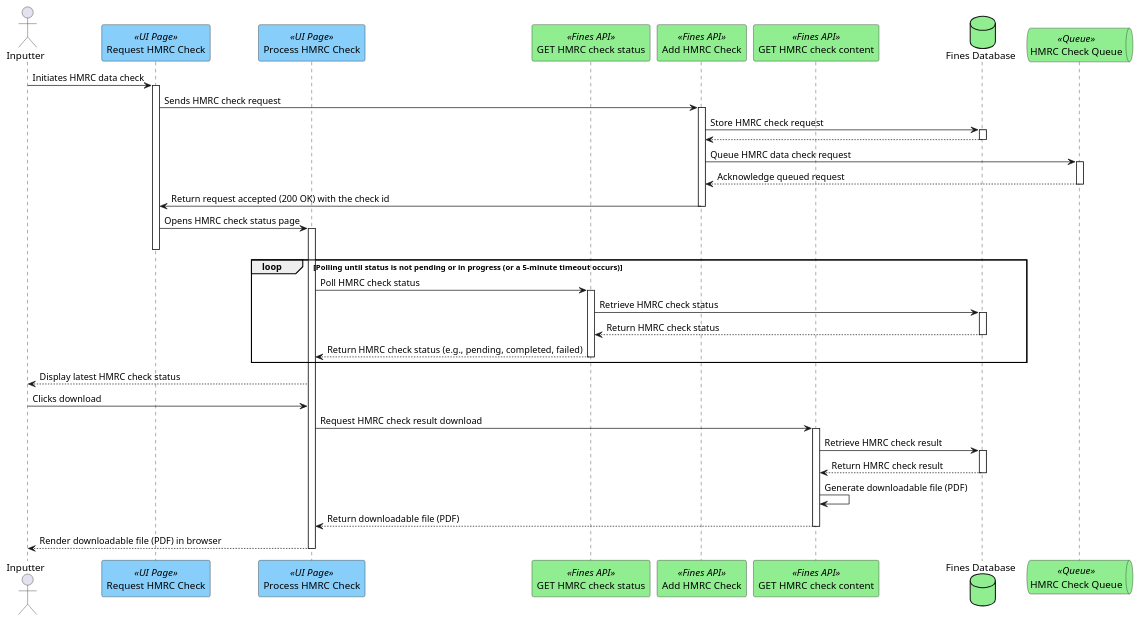
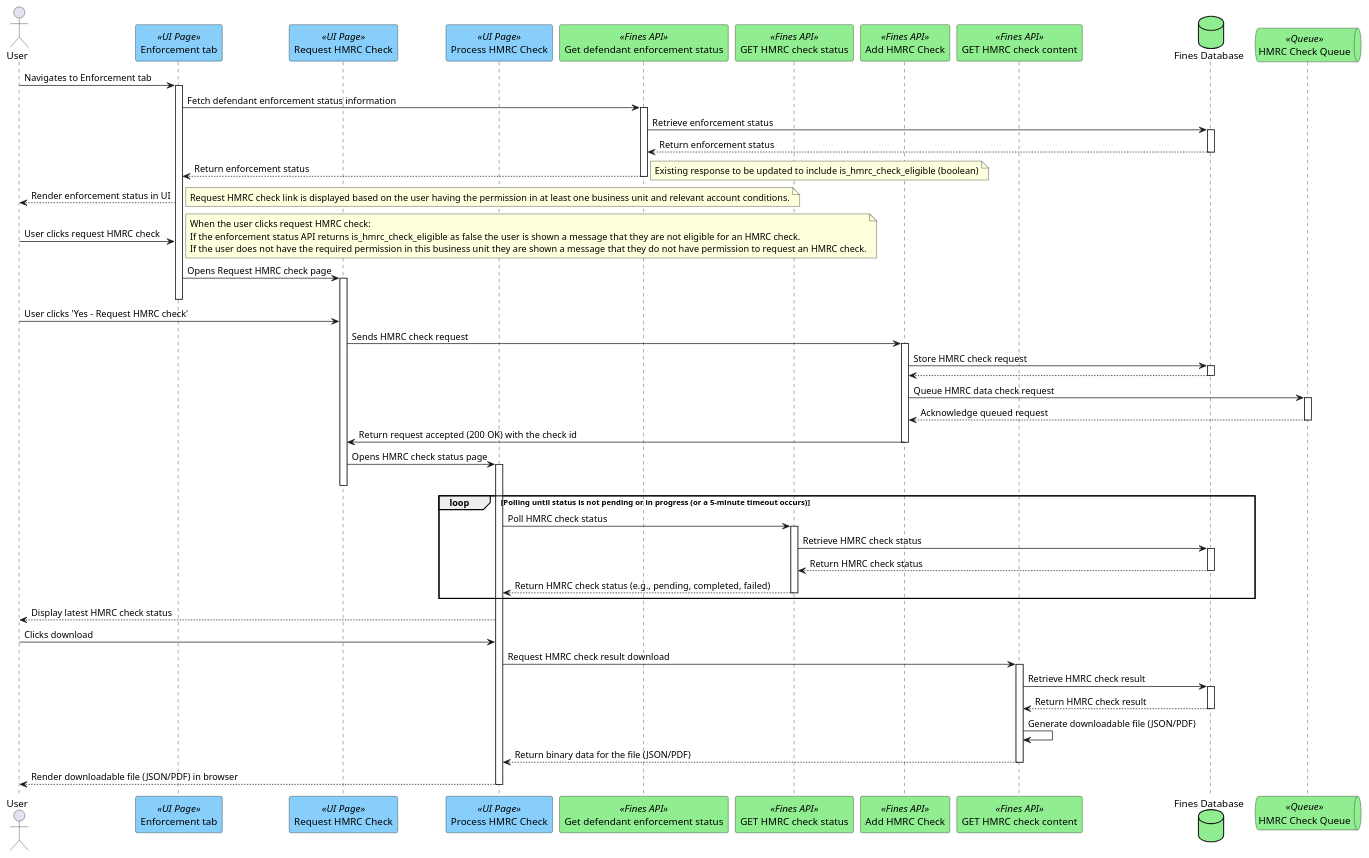
Before and after one commit to hmcts/opal-docs: the diagram in plantUML/hmrc-check/hmrc-check.puml, drawn with PlantUML. The commit also changed 1 other file, not shown here.

Commit message:
UML updates for HMRC and account consolidation

```diff
--- a/plantUML/hmrc-check/hmrc-check.puml
+++ b/plantUML/hmrc-check/hmrc-check.puml
@@ -1,41 +1,68 @@
 @startuml
-actor "Inputter" as user
+actor "User" as user
+
+participant "Enforcement tab" as enforcementTabUI <<UI Page>> #lightskyblue
+
 
 participant "Request HMRC Check" as requestHmrcCheckUI <<UI Page>> #lightskyblue
 participant "Process HMRC Check" as processHmrcCheckUI <<UI Page>> #lightskyblue
+
+participant "Get defendant enforcement status" as getEnforcementStatusApi <<Fines API>> #lightgreen
+
+
 participant "GET HMRC check status" as hmrcCheckStatusAPI <<Fines API>> #lightgreen
 participant "Add HMRC Check" as requestHmrcCheck <<Fines API>> #lightgreen
 participant "GET HMRC check content" as downloadHmrcCheckResult <<Fines API>> #lightgreen
 database "Fines Database" as db #lightgreen
 queue "HMRC Check Queue" as hmrcQueue <<Queue>> #lightgreen
 
 
-user -> requestHmrcCheckUI ++ : Initiates HMRC data check
+user -> enforcementTabUI ++ : Navigates to Enforcement tab
+enforcementTabUI -> getEnforcementStatusApi ++ : Fetch defendant enforcement status information
+getEnforcementStatusApi -> db ++ : Retrieve enforcement status
+db --> getEnforcementStatusApi -- : Return enforcement status
+getEnforcementStatusApi --> enforcementTabUI -- : Return enforcement status
+note right
+Existing response to be updated to include is_hmrc_check_eligible (boolean)
+end note
+
+enforcementTabUI --> user: Render enforcement status in UI
+
+note right
+Request HMRC check link is displayed based on the user having the permission in at least one business unit and relevant account conditions.
+end note
+user -> enforcementTabUI : User clicks request HMRC check
+note right
+When the user clicks request HMRC check:
+If the enforcement status API returns is_hmrc_check_eligible as false the user is shown a message that they are not eligible for an HMRC check.
+If the user does not have the required permission in this business unit they are shown a message that they do not have permission to request an HMRC check.
+end note
+enforcementTabUI -> requestHmrcCheckUI++ : Opens Request HMRC check page
+enforcementTabUI--
+user -> requestHmrcCheckUI : User clicks 'Yes - Request HMRC check'
 requestHmrcCheckUI -> requestHmrcCheck ++ : Sends HMRC check request
 requestHmrcCheck -> db ++ : Store HMRC check request
 db --> requestHmrcCheck --
 requestHmrcCheck -> hmrcQueue ++ : Queue HMRC data check request
 hmrcQueue --> requestHmrcCheck -- : Acknowledge queued request
 requestHmrcCheck -> requestHmrcCheckUI -- : Return request accepted (200 OK) with the check id
-
 requestHmrcCheckUI -> processHmrcCheckUI ++ : Opens HMRC check status page
 requestHmrcCheckUI--
 loop Polling until status is not pending or in progress (or a 5-minute timeout occurs)
     processHmrcCheckUI -> hmrcCheckStatusAPI ++ : Poll HMRC check status
     hmrcCheckStatusAPI -> db ++ : Retrieve HMRC check status
     db --> hmrcCheckStatusAPI -- : Return HMRC check status
     hmrcCheckStatusAPI --> processHmrcCheckUI -- : Return HMRC check status (e.g., pending, completed, failed)
 end
 
 processHmrcCheckUI --> user : Display latest HMRC check status
 
 user -> processHmrcCheckUI  : Clicks download
 processHmrcCheckUI -> downloadHmrcCheckResult ++ : Request HMRC check result download
 downloadHmrcCheckResult -> db ++ : Retrieve HMRC check result
 db --> downloadHmrcCheckResult -- : Return HMRC check result
-downloadHmrcCheckResult -> downloadHmrcCheckResult : Generate downloadable file (PDF)
-downloadHmrcCheckResult --> processHmrcCheckUI -- : Return downloadable file (PDF)
-processHmrcCheckUI --> user -- : Render downloadable file (PDF) in browser
-
+downloadHmrcCheckResult -> downloadHmrcCheckResult : Generate downloadable file (JSON/PDF)
+downloadHmrcCheckResult --> processHmrcCheckUI -- : Return binary data for the file (JSON/PDF)
+processHmrcCheckUI --> user -- : Render downloadable file (JSON/PDF) in browser
 
 @enduml
```
